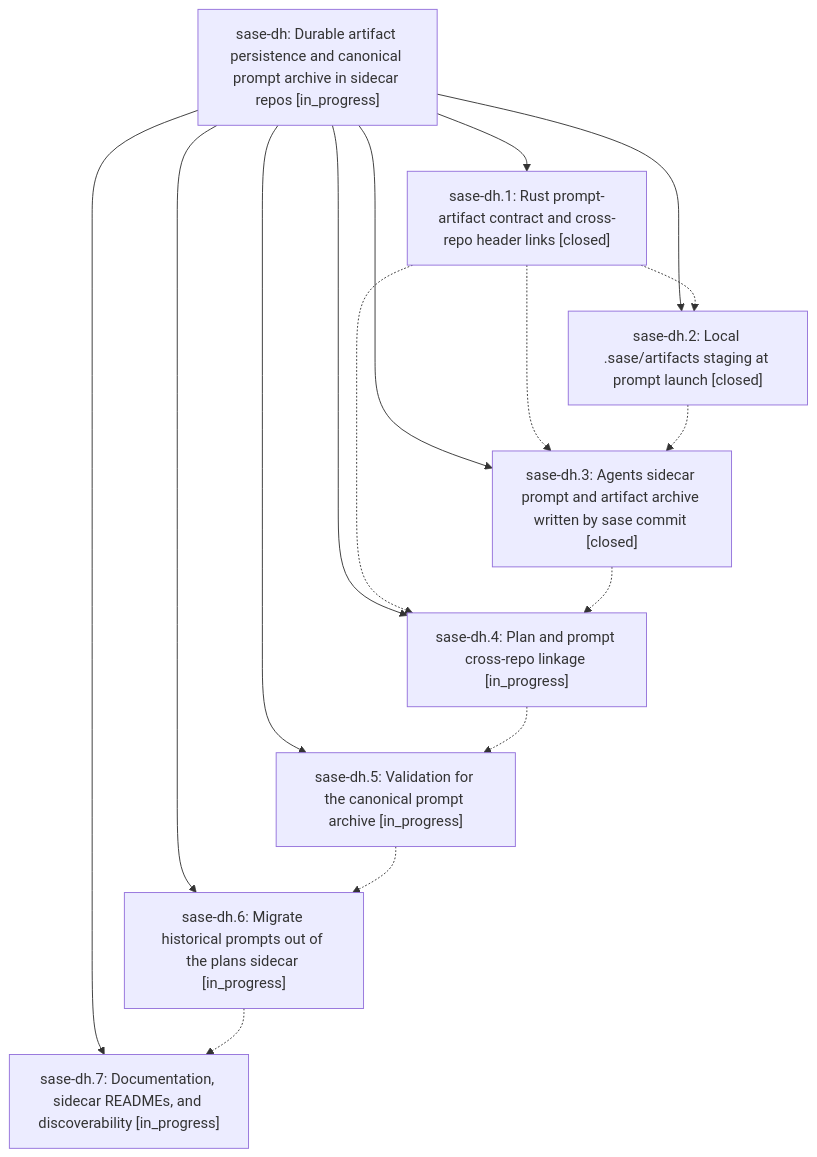
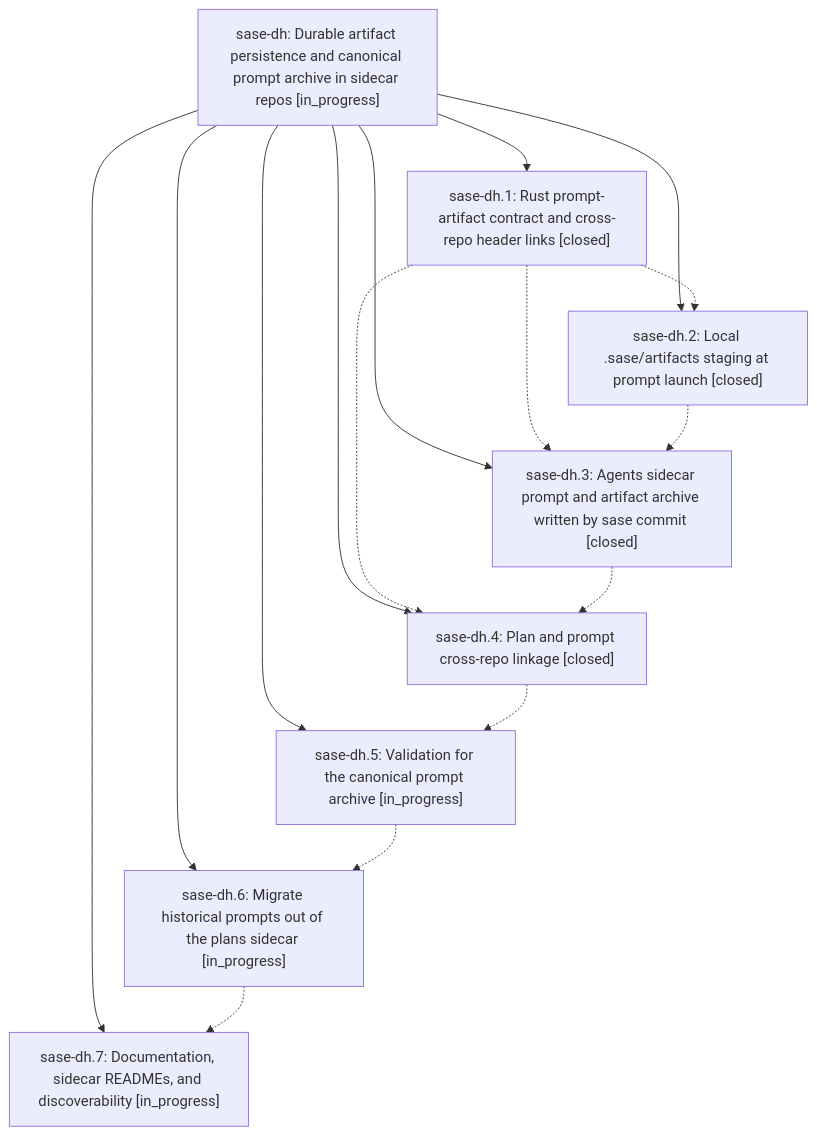
One commit to sase-org/sase--beads changed the diagram in pages/sase-dh/README.md. Above: the diagram before and after it, drawn with Mermaid. The commit also changed other lines of this file and 4 other files, not shown here.

````diff
--- a/pages/sase-dh/README.md
+++ b/pages/sase-dh/README.md
@@ -28,26 +28,26 @@
 ```mermaid
 flowchart TD
     n0["sase-dh: Durable artifact persistence and canonical prompt archive in sidecar repos [in_progress]"]
     n1["sase-dh.1: Rust prompt-artifact contract and cross-repo header links [closed]"]
     n2["sase-dh.2: Local .sase/artifacts staging at prompt launch [closed]"]
     n3["sase-dh.3: Agents sidecar prompt and artifact archive written by sase commit [closed]"]
-    n4["sase-dh.4: Plan and prompt cross-repo linkage [in_progress]"]
+    n4["sase-dh.4: Plan and prompt cross-repo linkage [closed]"]
     n5["sase-dh.5: Validation for the canonical prompt archive [in_progress]"]
     n6["sase-dh.6: Migrate historical prompts out of the plans sidecar [in_progress]"]
     n7["sase-dh.7: Documentation, sidecar READMEs, and discoverability [in_progress]"]
     n0 --> n1
     n0 --> n2
     n0 --> n3
     n0 --> n4
     n0 --> n5
     n0 --> n6
     n0 --> n7
     n1 -.-> n2
     n1 -.-> n3
     n1 -.-> n4
     n2 -.-> n3
     n3 -.-> n4
     n4 -.-> n5
     n5 -.-> n6
     n6 -.-> n7
 ```
````
